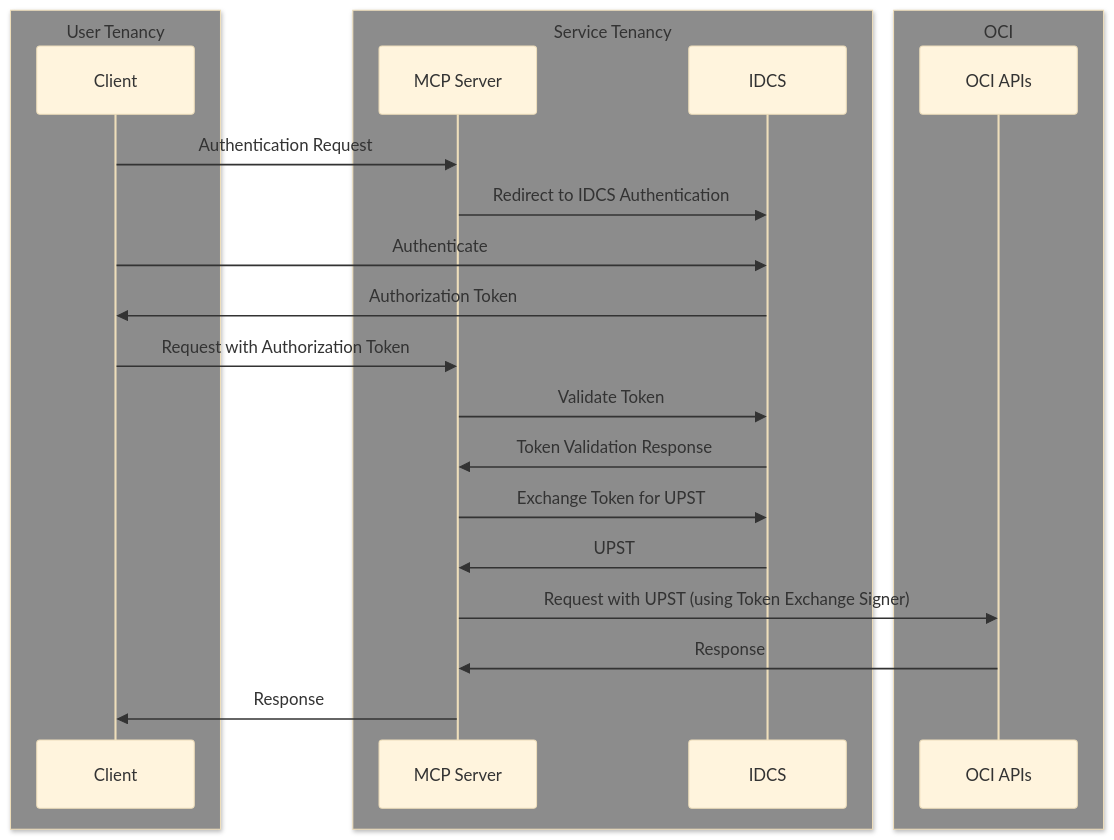
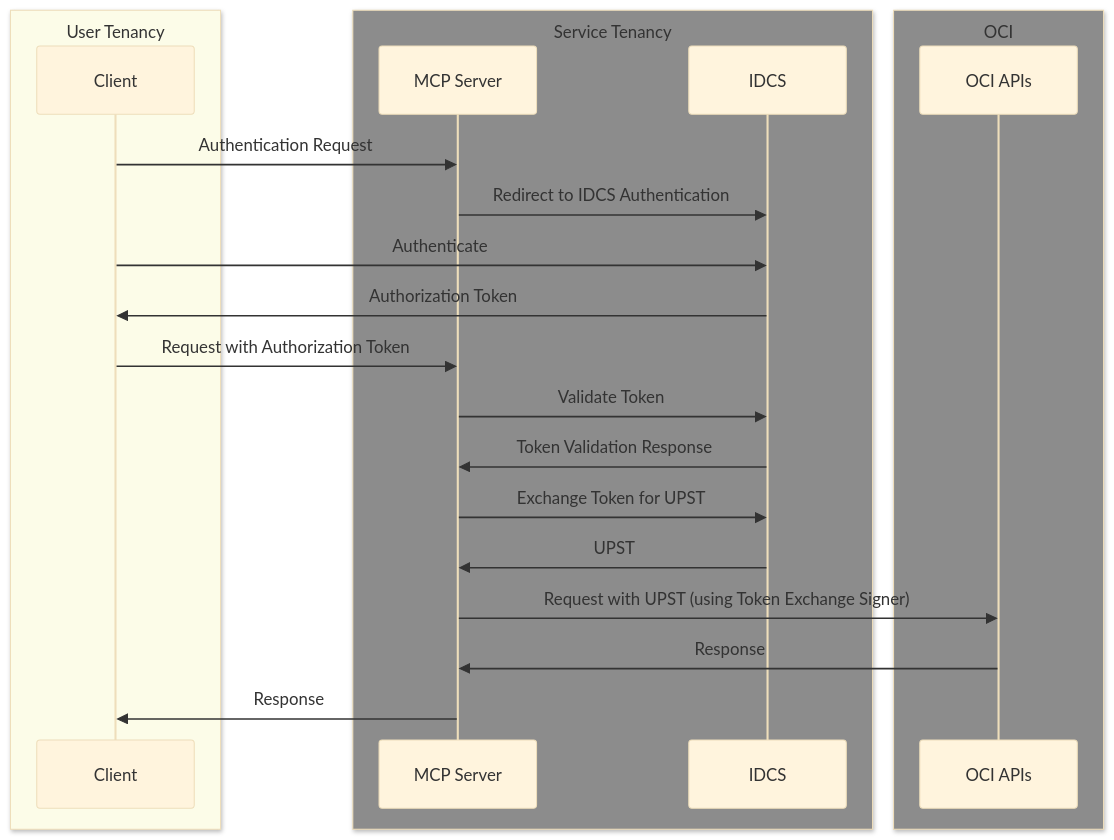
Before and after one commit to cboffa13/mcp-examples: the diagram in server/README.md, drawn with Mermaid (base theme).

````diff
--- a/server/README.md
+++ b/server/README.md
@@ -40,27 +40,27 @@
 ```mermaid
 sequenceDiagram
-    box rgb(140,140,140) User Tenancy
+    box hsl(60, 80%, 95%) User Tenancy
     participant Client
     end
     box rgb(140,140,140) Service Tenancy
     participant MCP Server
     participant IDCS
     end
 
     box rgb(140,140,140) OCI
     participant OCI APIs
     end
 
     Client->>MCP Server: Authentication Request
     MCP Server->>IDCS: Redirect to IDCS Authentication
     Client->>IDCS: Authenticate
     IDCS->>Client: Authorization Token
     Client->>MCP Server: Request with Authorization Token
     MCP Server->>IDCS: Validate Token
     IDCS->>MCP Server: Token Validation Response
     MCP Server->>IDCS: Exchange Token for UPST
     IDCS->>MCP Server: UPST
     MCP Server->>OCI APIs: Request with UPST (using Token Exchange Signer)
     OCI APIs->>MCP Server: Response
     MCP Server->>Client: Response
 ```
````
